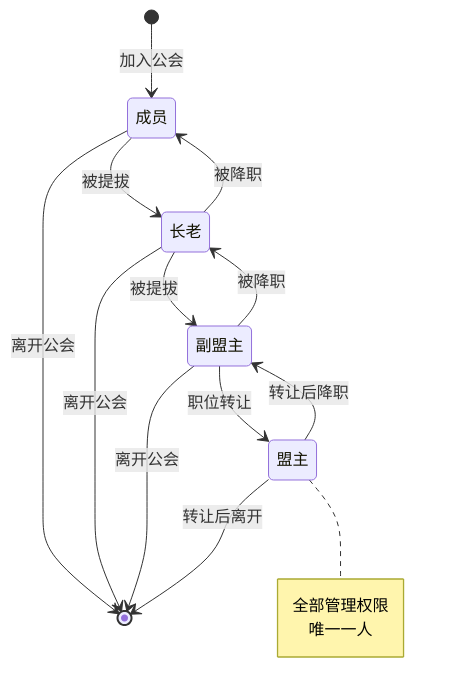
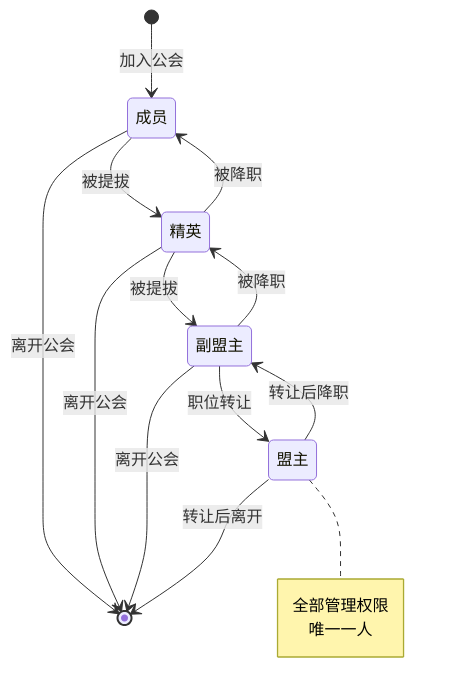
The third of 6 diagrams in docs/Module_Guild/06_实现细节.md (Alan-Ben/k2c_game_framework), drawn with Mermaid before and after one commit. The commit also changed other lines of this file and 75 other files, not shown here.

````diff
--- a/docs/Module_Guild/06_实现细节.md
+++ b/docs/Module_Guild/06_实现细节.md
@@ -116,19 +131,19 @@
 ```mermaid
 stateDiagram-v2
     [*] --> 成员: 加入公会
-    成员 --> 长老: 被提拔
-    长老 --> 成员: 被降职
-    长老 --> 副盟主: 被提拔
-    副盟主 --> 长老: 被降职
+    成员 --> 精英: 被提拔
+    精英 --> 成员: 被降职
+    精英 --> 副盟主: 被提拔
+    副盟主 --> 精英: 被降职
     副盟主 --> 盟主: 职位转让
     盟主 --> 副盟主: 转让后降职
     成员 --> [*]: 离开公会
-    长老 --> [*]: 离开公会
+    精英 --> [*]: 离开公会
     副盟主 --> [*]: 离开公会
     盟主 --> [*]: 转让后离开
 
     note right of 盟主
         全部管理权限
         唯一一人
     end note
 ```
````
